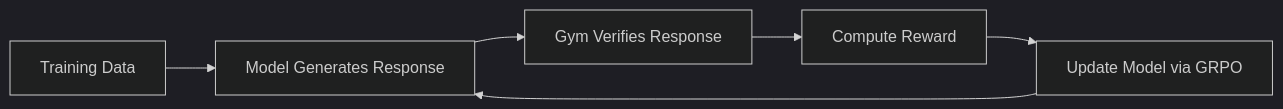
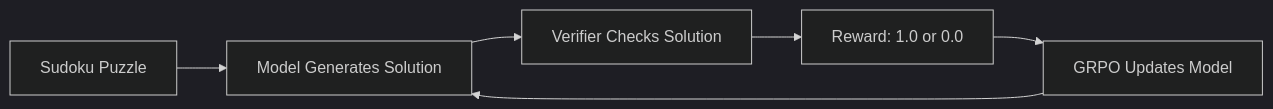
Before and after one commit to NVIDIA-NeMo/Gym: the diagram in docs/get-started/first-training-run.md, drawn with Mermaid (dark theme). The commit also changed other lines of this file and 36 other files, not shown here.

````diff
--- a/docs/get-started/first-training-run.md
+++ b/docs/get-started/first-training-run.md
@@ -67,8 +70,8 @@
 ```{mermaid}
 flowchart LR
-    A[Training Data] --> B[Model Generates Response]
-    B --> C[Gym Verifies Response]
-    C --> D[Compute Reward]
-    D --> E[Update Model via GRPO]
+    A[Sudoku Puzzle] --> B[Model Generates Solution]
+    B --> C[Verifier Checks Solution]
+    C --> D[Reward: 1.0 or 0.0]
+    D --> E[GRPO Updates Model]
     E --> B
 ```
````
